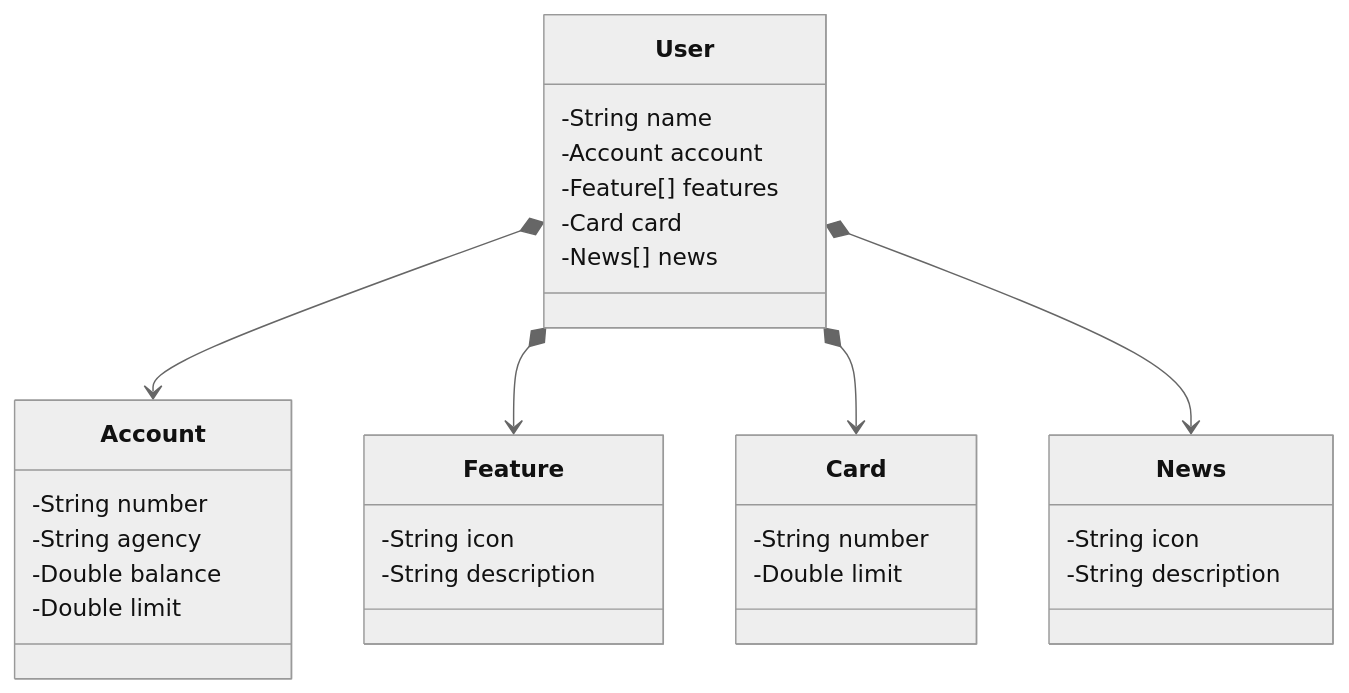
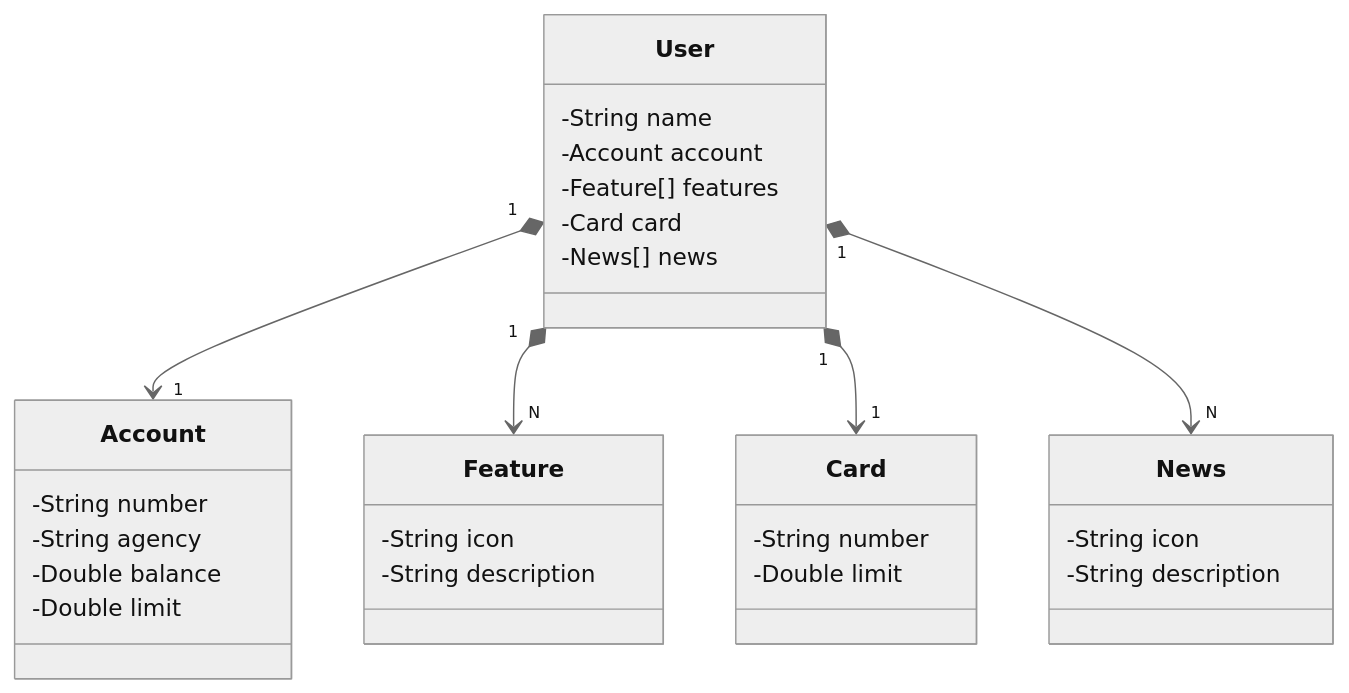
One commit to MSouza27/santander-dev-week-2023 changed the diagram in README.md. Above: the diagram before and after it, drawn with Mermaid (neutral theme).

````diff
--- a/README.md
+++ b/README.md
@@ -6,37 +6,37 @@
 ```mermaid
 classDiagram
     class User {
         -String name
         -Account account
         -Feature[] features
         -Card card
         -News[] news
     }
 
     class Account {
         -String number
         -String agency
         -Double balance
         -Double limit
     }
 
     class Feature {
         -String icon
         -String description
     }
 
     class Card {
         -String number
         -Double limit
     }
 
     class News {
         -String icon
         -String description
     }
 
-    User *--> Account
-    User *--> Feature
-    User *--> Card
-    User *--> News 
+    User "1" *--> "1" Account
+    User "1" *--> "N" Feature
+    User "1" *--> "1" Card
+    User "1" *--> "N" News 
 ```
````
